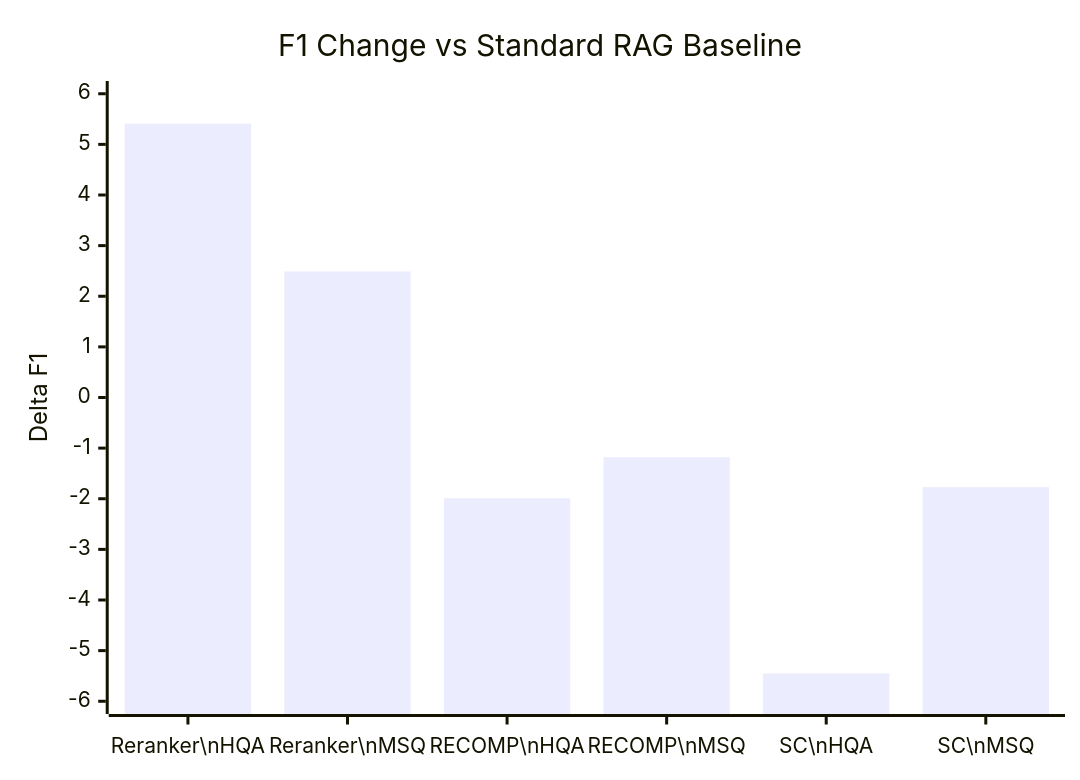
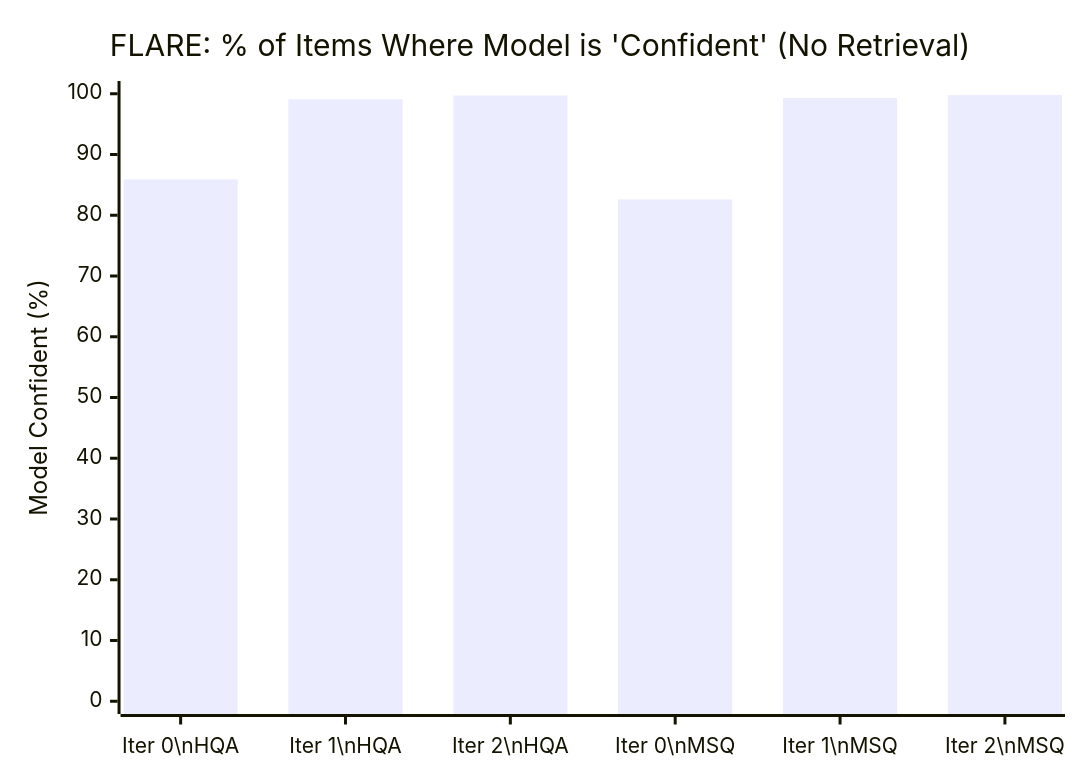
Before and after one commit to pradyutnair/msc-thesis: the seventh of 27 diagrams in plans/feb5-key-findings.md, drawn with Mermaid. The commit also changed other lines of this file and 245 other files, not shown here.

````diff
--- a/plans/feb5-key-findings.md
+++ b/plans/feb5-key-findings.md
@@ -61,7 +130,7 @@
 ```mermaid
 xychart-beta
-    title "F1 Change vs Standard RAG Baseline"
-    x-axis ["Reranker\nHQA", "Reranker\nMSQ", "RECOMP\nHQA", "RECOMP\nMSQ", "SC\nHQA", "SC\nMSQ"]
-    y-axis "Delta F1" -6 --> 6
-    bar [5.41, 2.49, -1.99, -1.18, -5.45, -1.77]
+    title "FLARE: % of Items Where Model is 'Confident' (No Retrieval)"
+    x-axis ["Iter 0\nHQA", "Iter 1\nHQA", "Iter 2\nHQA", "Iter 0\nMSQ", "Iter 1\nMSQ", "Iter 2\nMSQ"]
+    y-axis "Model Confident (%)" 0 --> 100
+    bar [85.9, 99.1, 99.7, 82.6, 99.3, 99.8]
 ```
````
